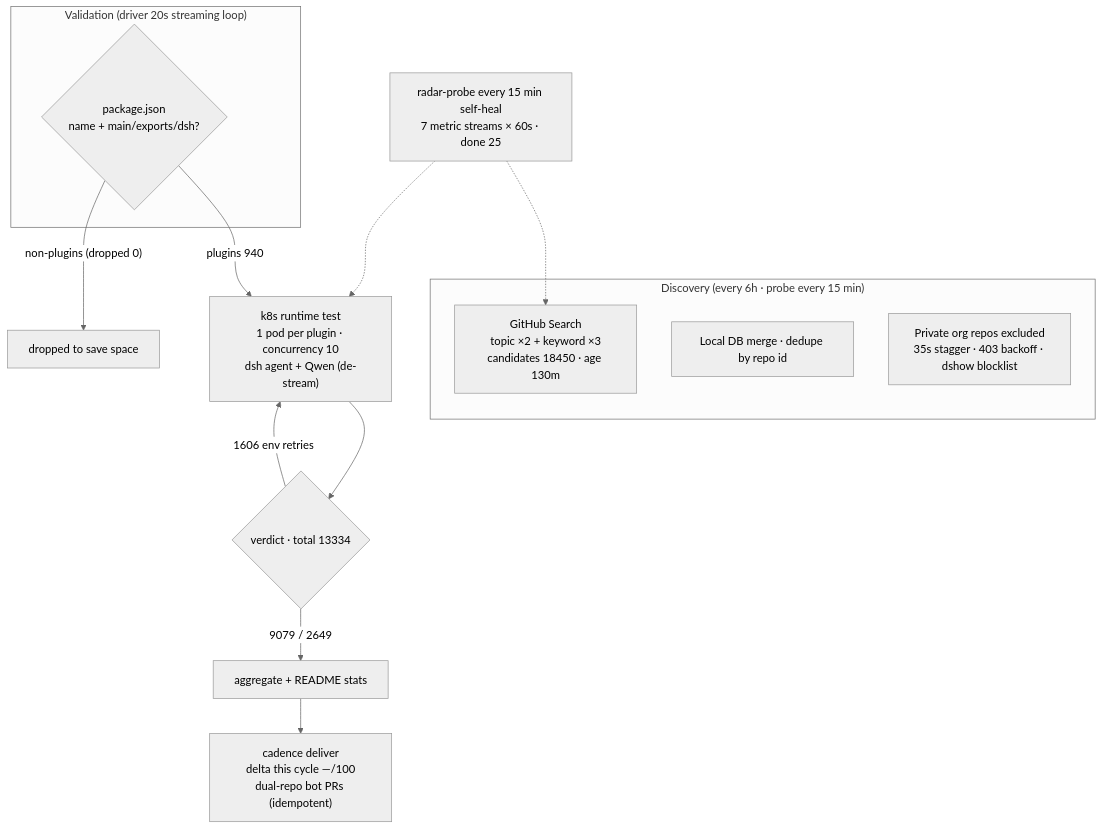
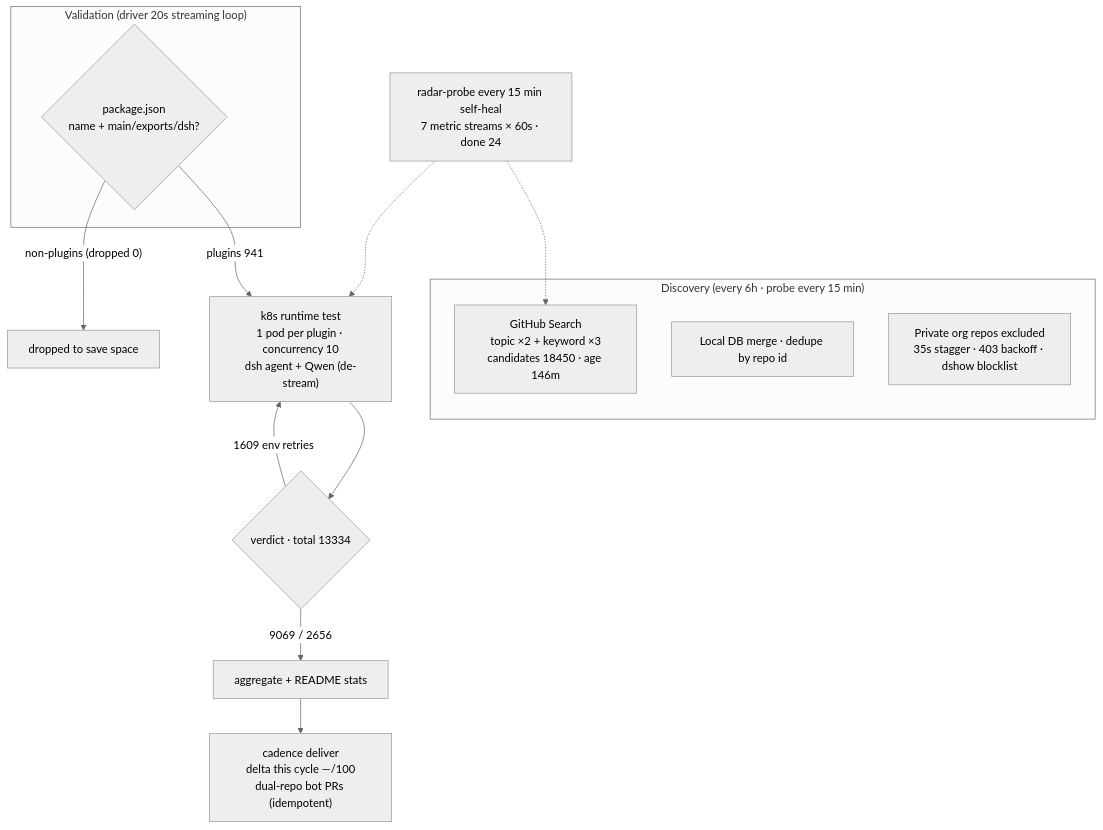
One commit to AdamPlatin123/awesome-dsh-plugins changed the diagram in README.en-US.md. Above: the diagram before and after it, drawn with Mermaid (neutral theme). The commit also changed other lines of this file and 10 other files, not shown here.

````diff
--- a/README.en-US.md
+++ b/README.en-US.md
@@ -45,20 +45,20 @@
 ```mermaid
 flowchart TB
     subgraph Discovery["Discovery (every 6h · probe every 15 min)"]
-        A1["GitHub Search<br/>topic ×2 + keyword ×3<br/>candidates 18450 · age 130m"]
+        A1["GitHub Search<br/>topic ×2 + keyword ×3<br/>candidates 18450 · age 146m"]
         A2["Local DB merge · dedupe by repo id"]
         A3["Private org repos excluded<br/>35s stagger · 403 backoff · dshow blocklist"]
     end
     subgraph Validation["Validation (driver 20s streaming loop)"]
         B1{"package.json<br/>name + main/exports/dsh?"}
     end
-    B1 -->|"plugins 940"| C1["k8s runtime test<br/>1 pod per plugin · concurrency 10<br/>dsh agent + Qwen (de-stream)"]
+    B1 -->|"plugins 941"| C1["k8s runtime test<br/>1 pod per plugin · concurrency 10<br/>dsh agent + Qwen (de-stream)"]
     B1 -->|"non-plugins (dropped 0)"| B3["dropped to save space"]
     C1 --> D1{"verdict · total 13334"}
-    D1 -->|"9079 / 2649"| E1["aggregate + README stats"]
-    D1 -->|"1606 env retries"| C1
+    D1 -->|"9069 / 2656"| E1["aggregate + README stats"]
+    D1 -->|"1609 env retries"| C1
     E1 --> E2["cadence deliver<br/>delta this cycle —/100<br/>dual-repo bot PRs (idempotent)"]
-    M["radar-probe every 15 min self-heal<br/>7 metric streams × 60s · done 25"]
+    M["radar-probe every 15 min self-heal<br/>7 metric streams × 60s · done 24"]
     M -.-> A1
     M -.-> C1
 ```
````
